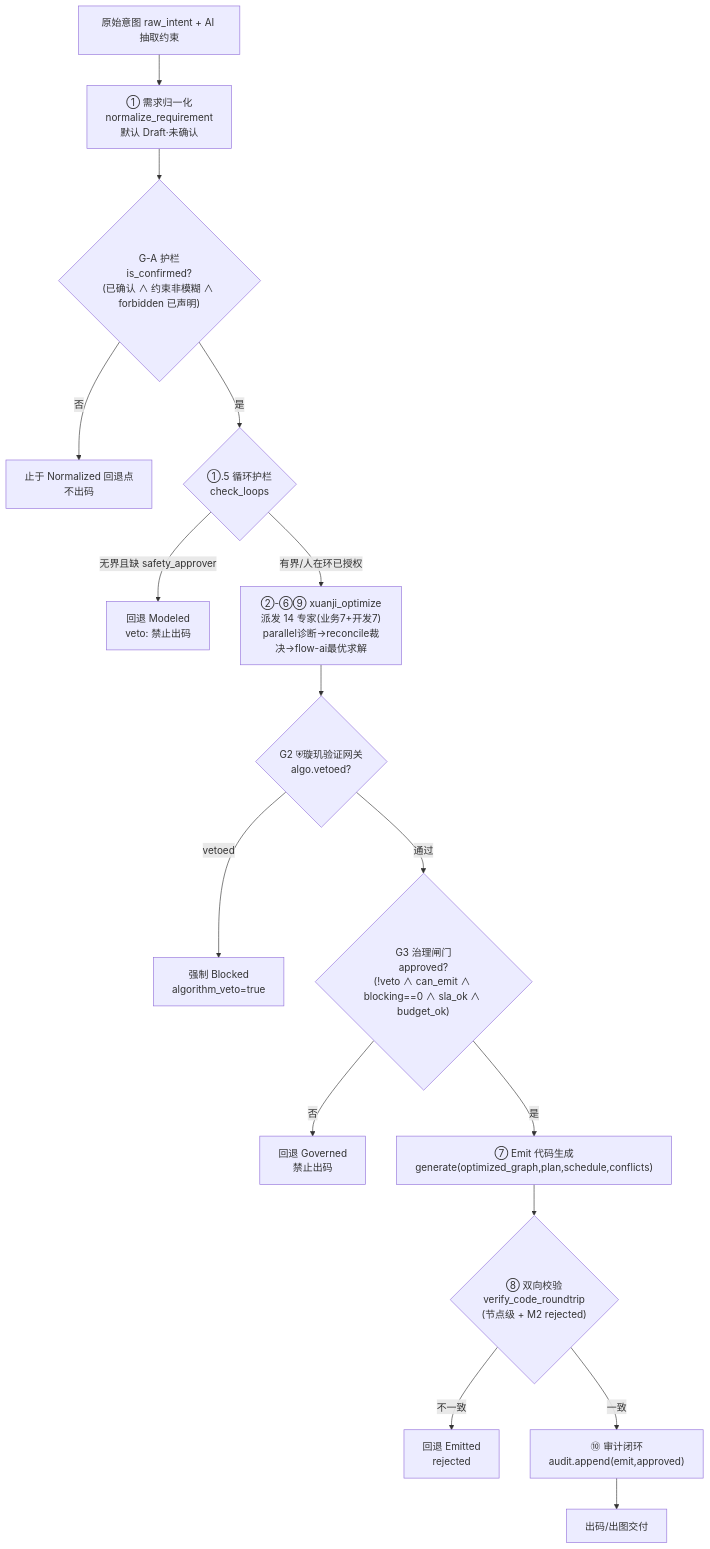
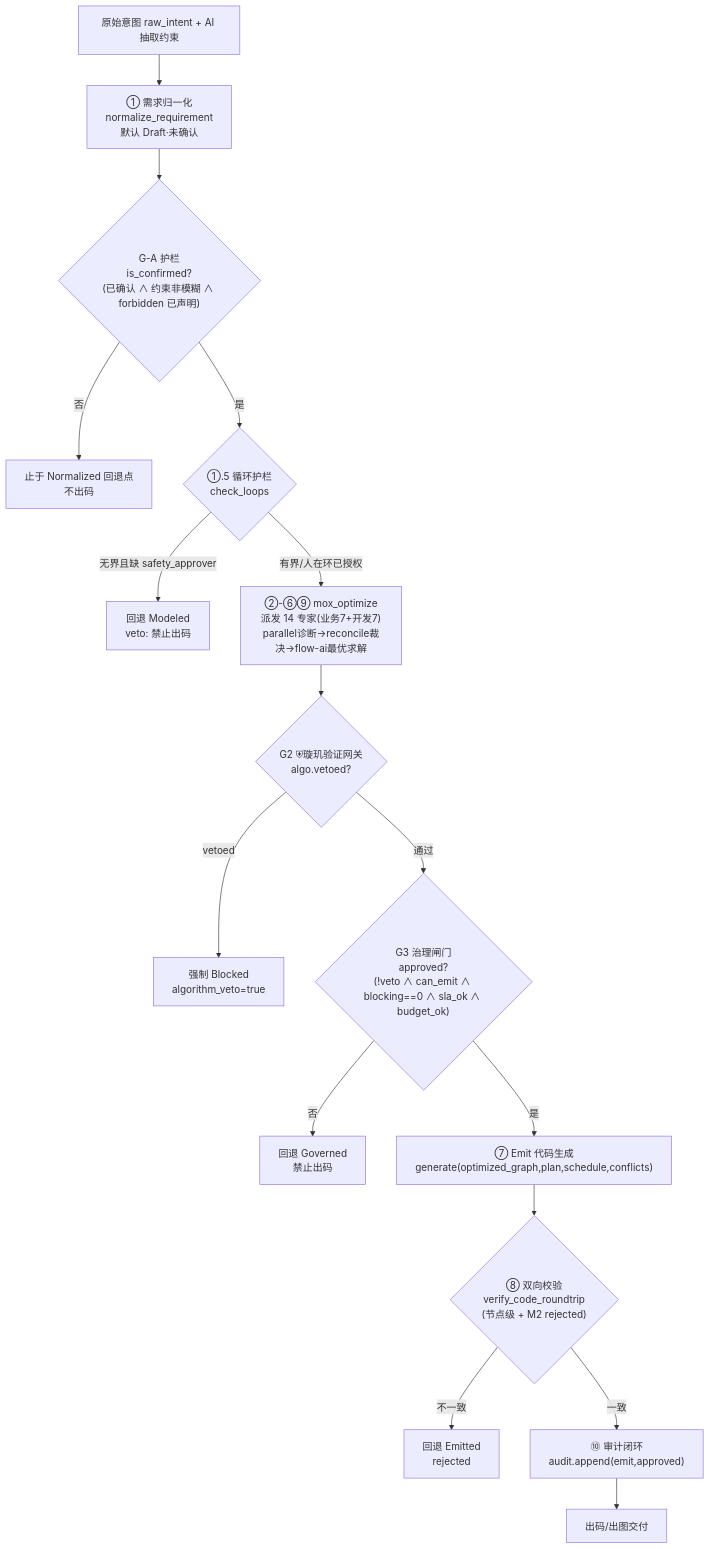
The ninth of 14 diagrams in docs/对话开发系统-全维分析与业务流程图.md (aikjx/mox), drawn with Mermaid before and after one commit. The commit also changed other lines of this file and 560 other files, not shown here.

Commit message:
chore(docs): 将 xuanji 重命名为 mox

````diff
--- a/docs/对话开发系统-全维分析与业务流程图.md
+++ b/docs/对话开发系统-全维分析与业务流程图.md
@@ -299,18 +299,18 @@
 ```mermaid
 flowchart TD
     RAW["原始意图 raw_intent + AI 抽取约束"] --> S1["① 需求归一化\nnormalize_requirement\n默认 Draft·未确认"]
     S1 --> GA{"G-A 护栏\nis_confirmed?\n(已确认 ∧ 约束非模糊 ∧ forbidden 已声明)"}
     GA -->|否| STOP1["止于 Normalized 回退点\n不出码"]
     GA -->|是| LPG{"①.5 循环护栏\ncheck_loops"}
     LPG -->|无界且缺 safety_approver| STOP2["回退 Modeled\nveto: 禁止出码"]
-    LPG -->|有界/人在环已授权| S2["②-⑥⑨ xuanji_optimize\n派发 14 专家(业务7+开发7)\nparallel诊断→reconcile裁决→flow-ai最优求解"]
+    LPG -->|有界/人在环已授权| S2["②-⑥⑨ mox_optimize\n派发 14 专家(业务7+开发7)\nparallel诊断→reconcile裁决→flow-ai最优求解"]
     S2 --> GV{"G2 ⛨璇玑验证网关\nalgo.vetoed?"}
     GV -->|vetoed| STOP3["强制 Blocked\nalgorithm_veto=true"]
     GV -->|通过| GG{"G3 治理闸门\napproved?\n(!veto ∧ can_emit ∧ blocking==0 ∧ sla_ok ∧ budget_ok)"}
     GG -->|否| STOP4["回退 Governed\n禁止出码"]
     GG -->|是| S3["⑦ Emit 代码生成\ngenerate(optimized_graph,plan,schedule,conflicts)"]
     S3 --> RT{"⑧ 双向校验\nverify_code_roundtrip\n(节点级 + M2 rejected)"}
     RT -->|不一致| STOP5["回退 Emitted\nrejected"]
     RT -->|一致| S4["⑩ 审计闭环\naudit.append(emit,approved)"]
     S4 --> DONE["出码/出图交付"]
 ```
````
